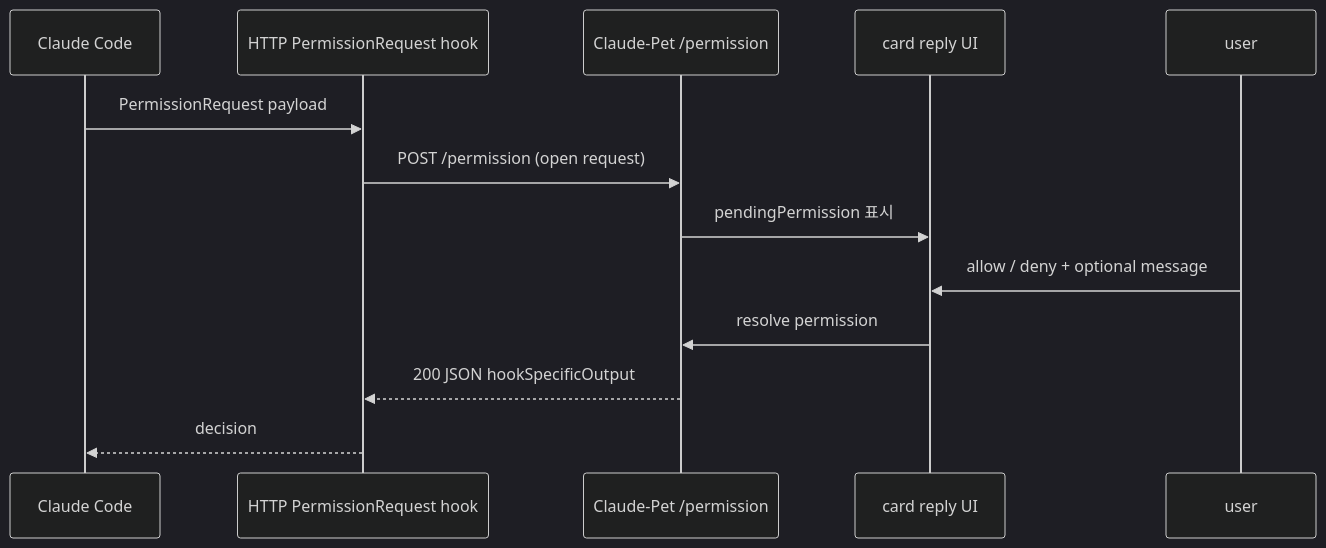
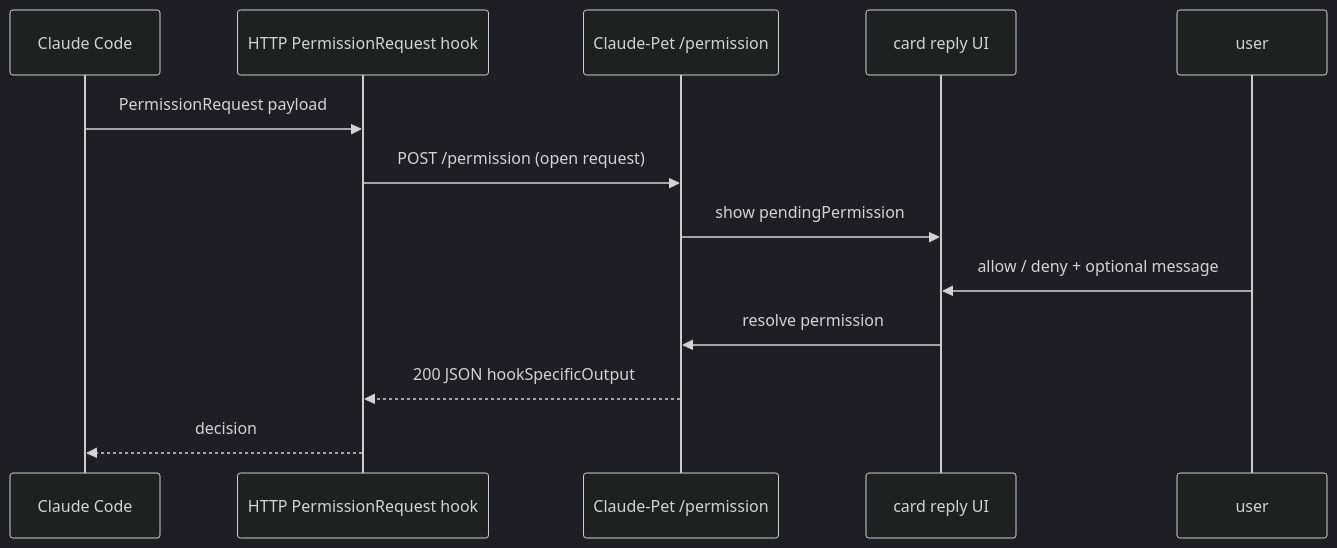
The second of 2 diagrams in docs/05-claude-integration/claude-code-hooks.md (amsminn/Claude-Pet), drawn with Mermaid (dark theme) before and after one commit. The commit also changed other lines of this file and 48 other files, not shown here.

````diff
--- a/docs/05-claude-integration/claude-code-hooks.md
+++ b/docs/05-claude-integration/claude-code-hooks.md
@@ -138,16 +138,16 @@
 ```mermaid
 sequenceDiagram
     participant CC as Claude Code
     participant Hook as HTTP PermissionRequest hook
     participant Srv as Claude-Pet /permission
     participant UI as card reply UI
     participant User as user
 
     CC->>Hook: PermissionRequest payload
     Hook->>Srv: POST /permission (open request)
-    Srv->>UI: pendingPermission 표시
+    Srv->>UI: show pendingPermission
     User->>UI: allow / deny + optional message
     UI->>Srv: resolve permission
     Srv-->>Hook: 200 JSON hookSpecificOutput
     Hook-->>CC: decision
 ```
````
